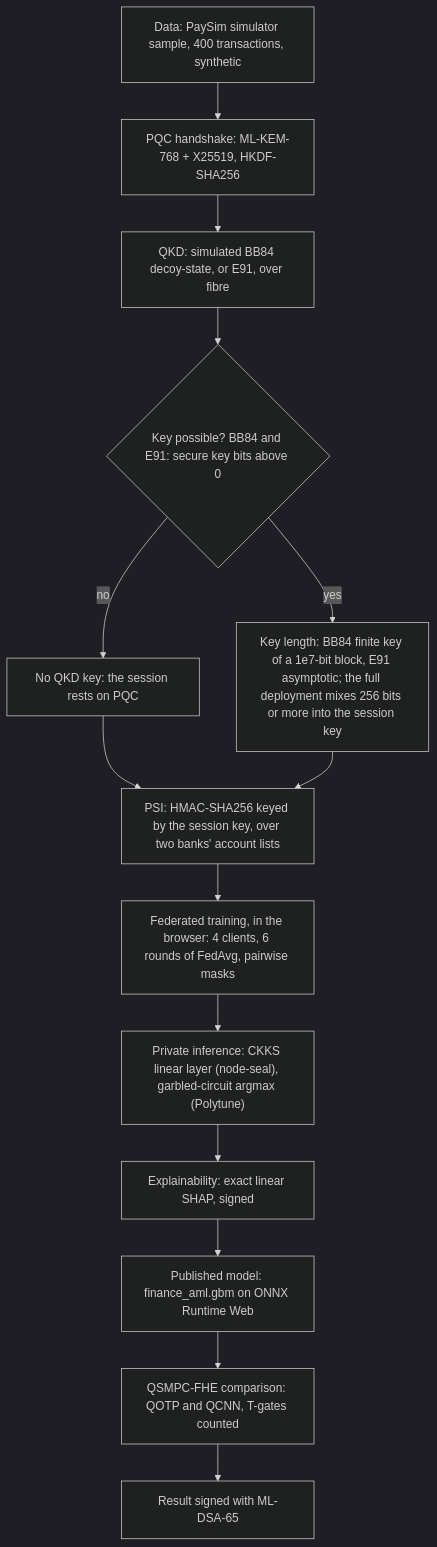
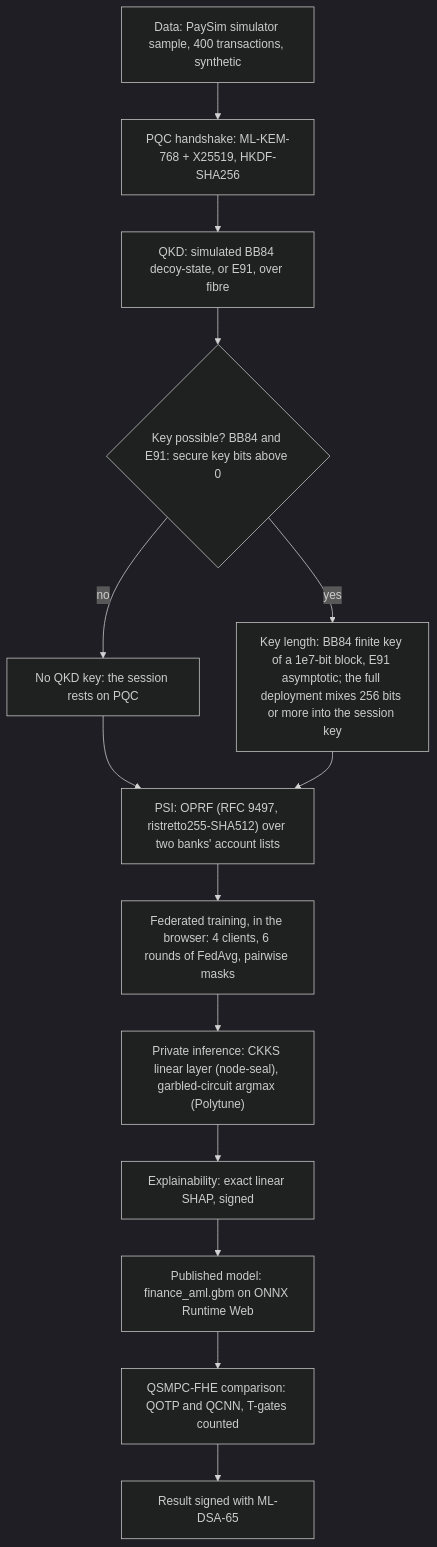
One commit to Quantum-Daemons/QSMPC-QKD-QHE-AI-Hybrid changed the third of 11 diagrams in README.md. Above: the diagram before and after it, drawn with Mermaid (dark theme). The commit also changed other lines of this file and 27 other files, not shown here.

````diff
--- a/README.md
+++ b/README.md
@@ -111,29 +111,29 @@
 ```mermaid
 flowchart TB
   D["Data: PaySim simulator sample, 400 transactions, synthetic"]
   H["PQC handshake: ML-KEM-768 + X25519, HKDF-SHA256"]
   K["QKD: simulated BB84 decoy-state, or E91, over fibre"]
   Q{"Key possible? BB84 and E91: secure key bits above 0"}
   N["No QKD key: the session rests on PQC"]
   L["Key length: BB84 finite key of a 1e7-bit block, E91 asymptotic; the full deployment mixes 256 bits or more into the session key"]
-  P["PSI: HMAC-SHA256 keyed by the session key, over two banks' account lists"]
+  P["PSI: OPRF (RFC 9497, ristretto255-SHA512) over two banks' account lists"]
   FL["Federated training, in the browser: 4 clients, 6 rounds of FedAvg, pairwise masks"]
   I["Private inference: CKKS linear layer (node-seal), garbled-circuit argmax (Polytune)"]
   X["Explainability: exact linear SHAP, signed"]
   M["Published model: finance_aml.gbm on ONNX Runtime Web"]
   C["QSMPC-FHE comparison: QOTP and QCNN, T-gates counted"]
   S["Result signed with ML-DSA-65"]
   D --> H
   H --> K
   K --> Q
   Q -->|no| N
   Q -->|yes| L
   N --> P
   L --> P
   P --> FL
   FL --> I
   I --> X
   X --> M
   M --> C
   C --> S
 ```
````
